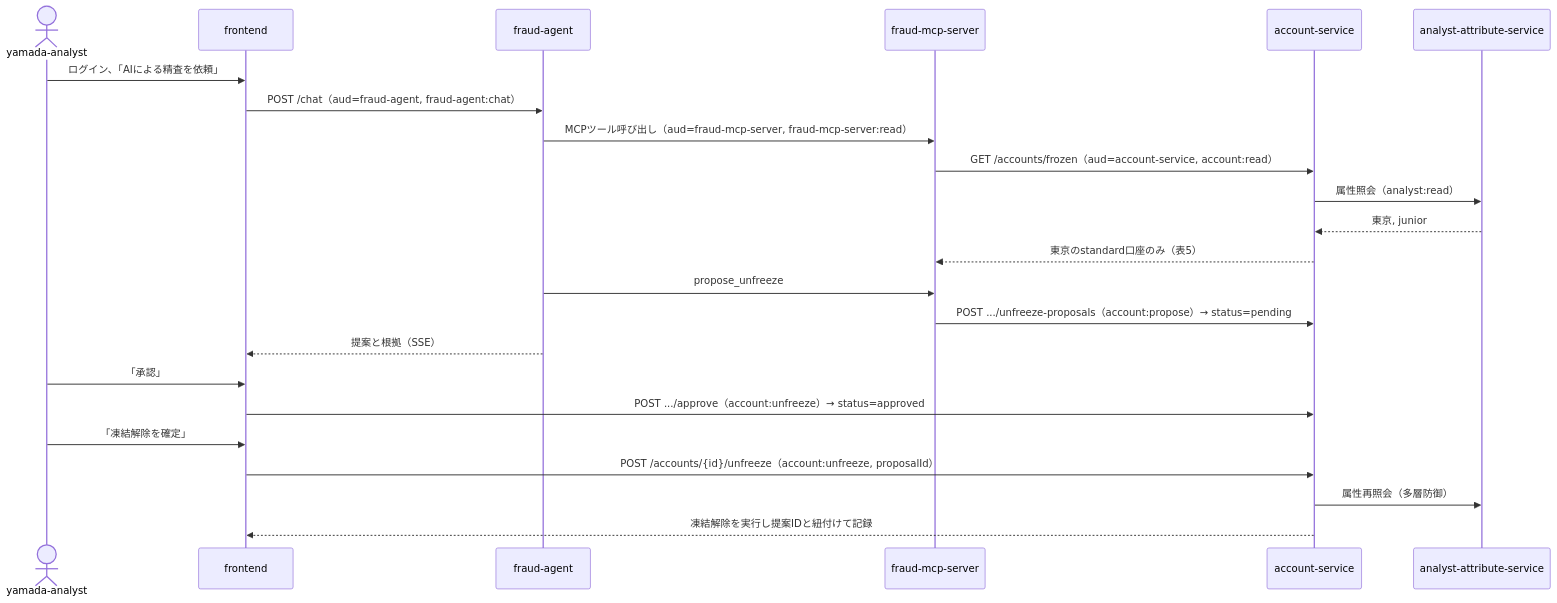
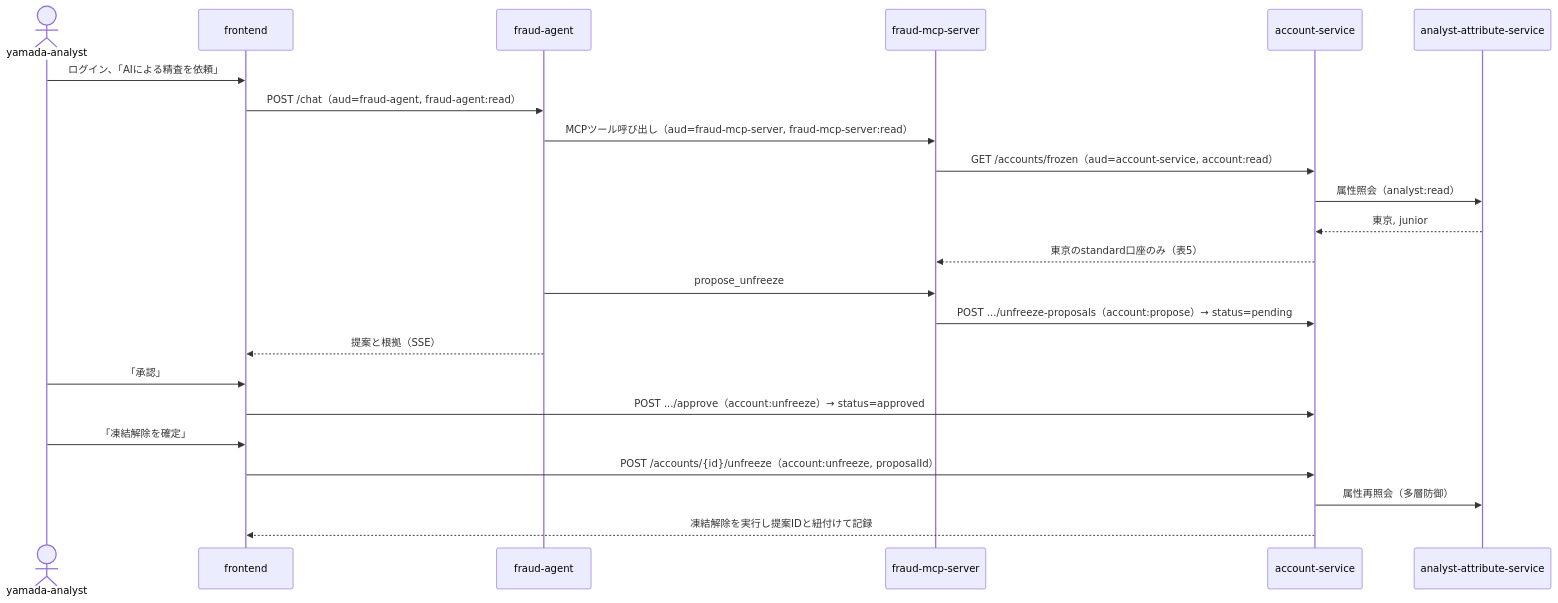
One commit to mahitotsu/gekko_07 changed the second of 2 diagrams in docs/architecture.md. Above: the diagram before and after it, drawn with Mermaid. The commit also changed other lines of this file and 13 other files, not shown here.

First line of the commit message:
keycloak, k8s, docs: frontend→fraud-agent向けscope fraud-agent:chat を fraud-agent:read へ改名する(ADR 0047)

````diff
--- a/docs/architecture.md
+++ b/docs/architecture.md
@@ -449,25 +449,25 @@
 ```mermaid
 sequenceDiagram
   actor A as yamada-analyst
   participant FE as frontend
   participant FA as fraud-agent
   participant MCP as fraud-mcp-server
   participant AS as account-service
   participant AAS as analyst-attribute-service
   A->>FE: ログイン、「AIによる精査を依頼」
-  FE->>FA: POST /chat（aud=fraud-agent, fraud-agent:chat）
+  FE->>FA: POST /chat（aud=fraud-agent, fraud-agent:read）
   FA->>MCP: MCPツール呼び出し（aud=fraud-mcp-server, fraud-mcp-server:read）
   MCP->>AS: GET /accounts/frozen（aud=account-service, account:read）
   AS->>AAS: 属性照会（analyst:read）
   AAS-->>AS: 東京, junior
   AS-->>MCP: 東京のstandard口座のみ（表5）
   FA->>MCP: propose_unfreeze
   MCP->>AS: POST .../unfreeze-proposals（account:propose）→ status=pending
   FA-->>FE: 提案と根拠（SSE）
   A->>FE: 「承認」
   FE->>AS: POST .../approve（account:unfreeze）→ status=approved
   A->>FE: 「凍結解除を確定」
   FE->>AS: POST /accounts/{id}/unfreeze（account:unfreeze, proposalId）
   AS->>AAS: 属性再照会（多層防御）
   AS-->>FE: 凍結解除を実行し提案IDと紐付けて記録
 ```
````
